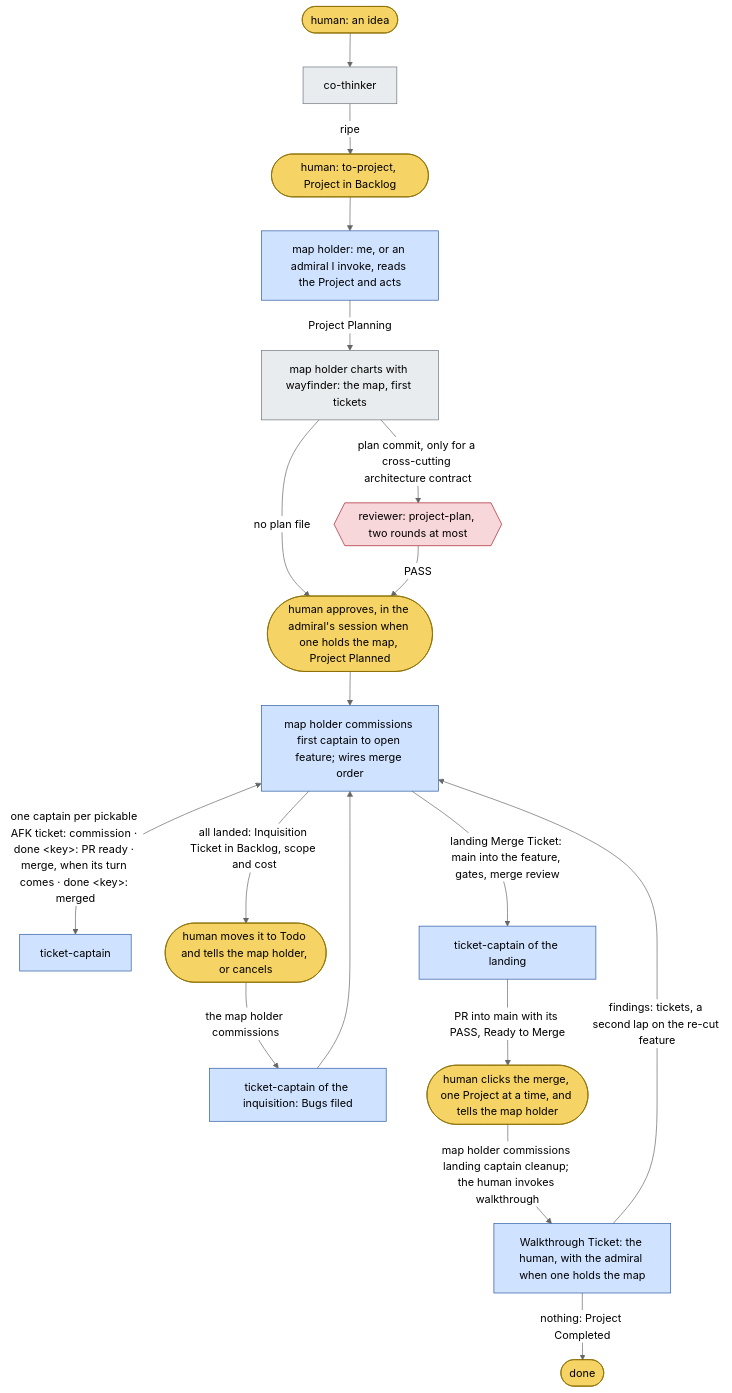
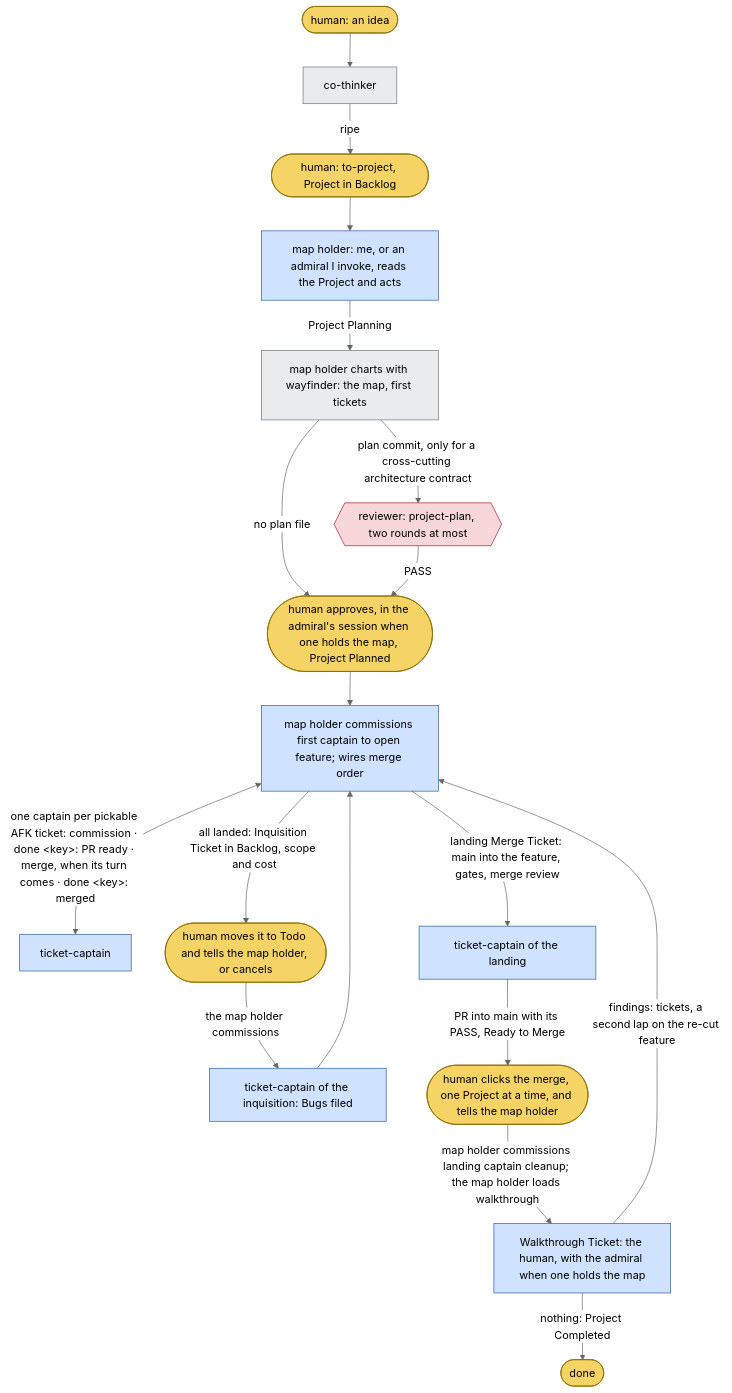
Before and after one commit to bodnarbalazs/dydo: the first of 2 diagrams in README.md, drawn with Mermaid (neutral theme). The commit also changed 3 other files, not shown here.

Commit message:
DYD-363 implement: admiral loads walkthrough itself

````diff
--- a/README.md
+++ b/README.md
@@ -81,26 +81,26 @@
 ```mermaid
 flowchart TD
   classDef human fill:#f6d365,stroke:#8a6d00,color:#000
   classDef session fill:#e9ecef,stroke:#6c757d,color:#000
   classDef officer fill:#cfe2ff,stroke:#2c5aa0,color:#000
   classDef crew fill:#d4edda,stroke:#2e7d32,color:#000
   classDef reviewer fill:#f8d7da,stroke:#a71d2a,color:#000
 
   H0([human: an idea]):::human --> CT[co-thinker]:::session
   CT -->|ripe| TP([human: to-project, Project in Backlog]):::human
   TP --> AD[map holder: me, or an admiral I invoke, reads the Project and acts]:::officer
   AD -->|Project Planning| PP[map holder charts with wayfinder: the map, first tickets]:::session
   PP -->|plan commit, only for a cross-cutting architecture contract| RP{{reviewer: project-plan, two rounds at most}}:::reviewer
   PP -->|no plan file| H1
   RP -->|PASS| H1([human approves, in the admiral's session when one holds the map, Project Planned]):::human
   H1 --> OP[map holder commissions first captain to open feature; wires merge order]:::officer
   OP <-->|"one captain per pickable AFK ticket: commission · done &lt;key&gt;: PR ready · merge, when its turn comes · done &lt;key&gt;: merged"| IC[ticket-captain]:::officer
   OP -->|all landed: Inquisition Ticket in Backlog, scope and cost| H2([human moves it to Todo and tells the map holder, or cancels]):::human
   H2 -->|the map holder commissions| IQ[ticket-captain of the inquisition: Bugs filed]:::officer
   IQ --> OP
   OP -->|landing Merge Ticket: main into the feature, gates, merge review| LM[ticket-captain of the landing]:::officer
   LM -->|PR into main with its PASS, Ready to Merge| H3([human clicks the merge, one Project at a time, and tells the map holder]):::human
-  H3 -->|map holder commissions landing captain cleanup; the human invokes walkthrough| WT[Walkthrough Ticket: the human, with the admiral when one holds the map]:::officer
+  H3 -->|map holder commissions landing captain cleanup; the map holder loads walkthrough| WT[Walkthrough Ticket: the human, with the admiral when one holds the map]:::officer
   WT -->|findings: tickets, a second lap on the re-cut feature| OP
   WT -->|nothing: Project Completed| END([done]):::human
 ```
````
